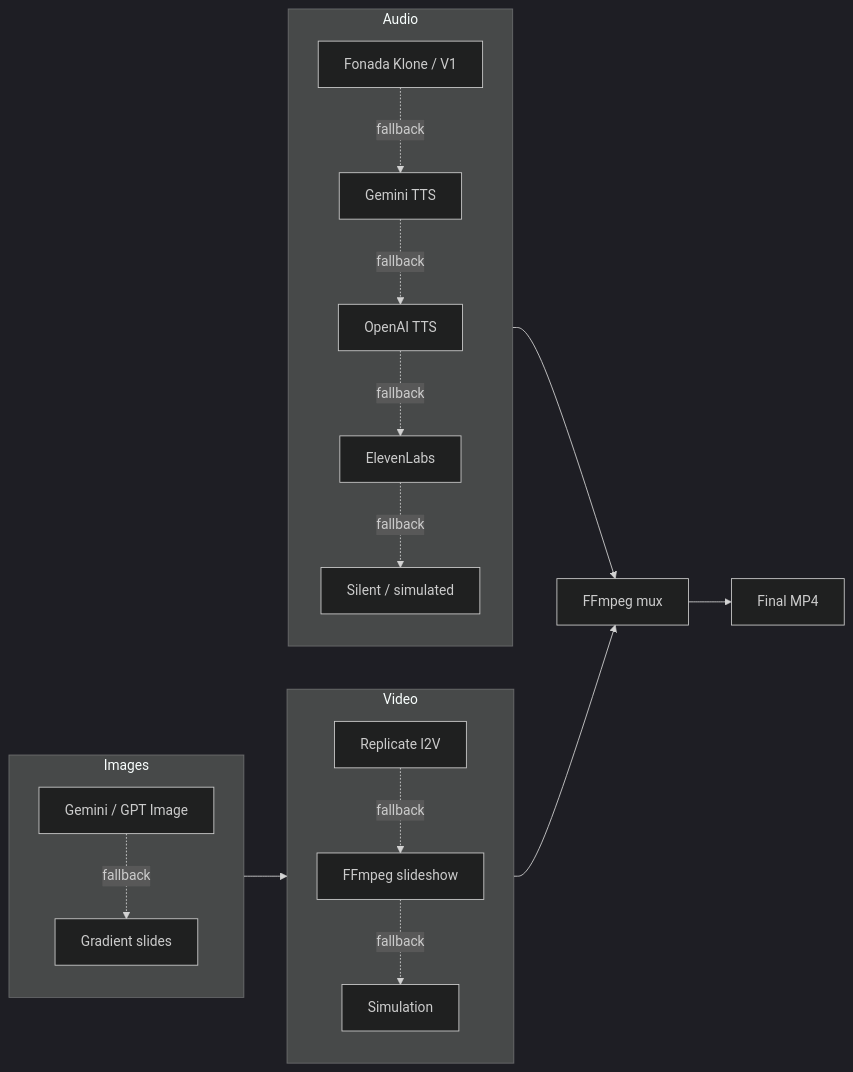
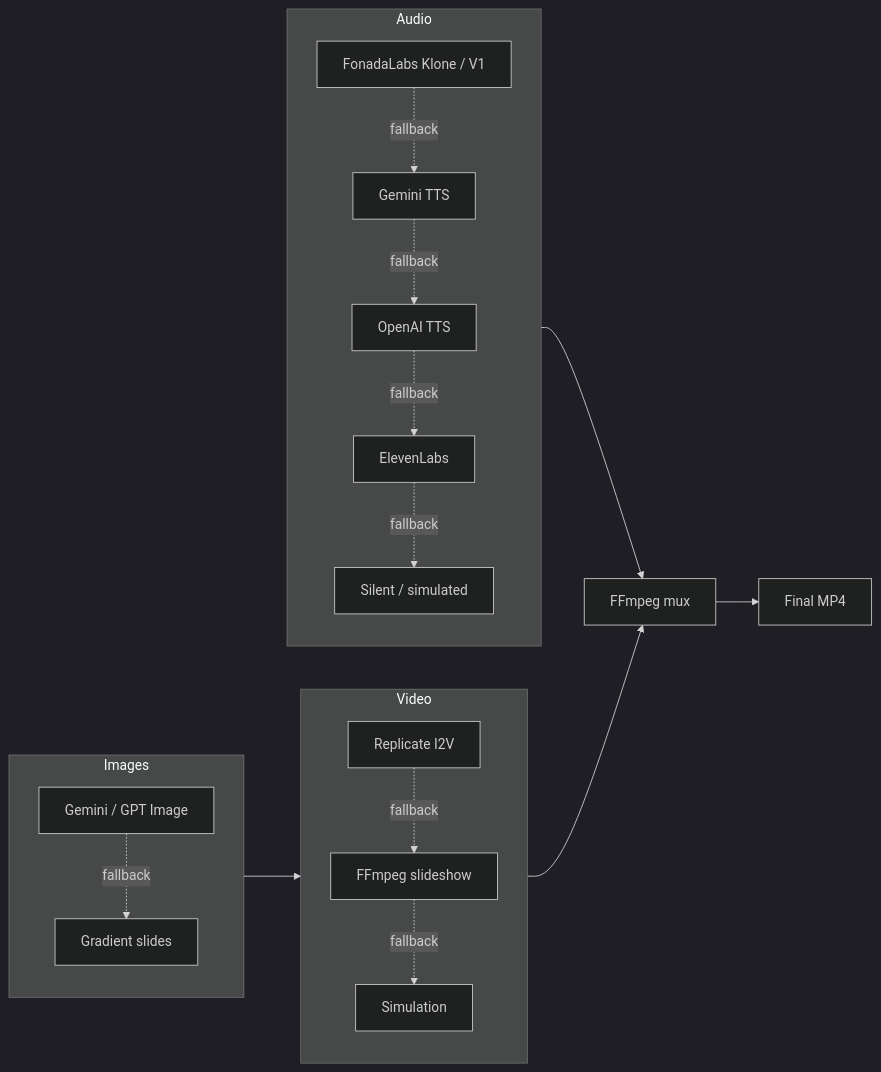
One commit to hiyaa-atFonada/Youtube-automation-agent-Fonada-Version changed the third of 3 diagrams in README.md. Above: the diagram before and after it, drawn with Mermaid (dark theme). The commit also changed other lines of this file, not shown here.

````diff
--- a/README.md
+++ b/README.md
@@ -360,26 +360,26 @@
 ```mermaid
 flowchart LR
     subgraph TTS["Audio"]
         direction TB
-        FO[Fonada Klone / V1] -.->|fallback| GE[Gemini TTS]
+        FO[FonadaLabs Klone / V1] -.->|fallback| GE[Gemini TTS]
         GE -.->|fallback| OA[OpenAI TTS]
         OA -.->|fallback| EL[ElevenLabs]
         EL -.->|fallback| SIM1[Silent / simulated]
     end
 
     subgraph IMG["Images"]
         direction TB
         GI[Gemini / GPT Image] -.->|fallback| GR[Gradient slides]
     end
 
     subgraph VID["Video"]
         direction TB
         WAN[Replicate I2V] -.->|fallback| SS[FFmpeg slideshow]
         SS -.->|fallback| SIM3[Simulation]
     end
 
     TTS --> MIX[FFmpeg mux]
     IMG --> VID
     VID --> MIX
     MIX --> OUT[Final MP4]
 ```
````
